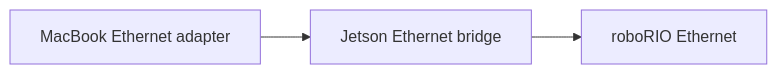
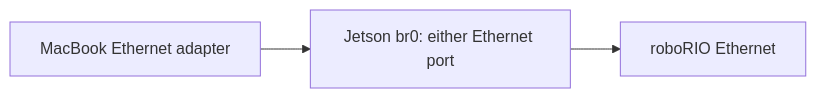
The third of 3 diagrams in apps/docs/src/content/docs/operator/robot-integration-session.md (team581/spot), drawn with Mermaid before and after one commit. The commit also changed other lines of this file and 106 other files, not shown here.

````diff
--- a/apps/docs/src/content/docs/operator/robot-integration-session.md
+++ b/apps/docs/src/content/docs/operator/robot-integration-session.md
@@ -101,5 +97,5 @@
 ```mermaid
 flowchart LR
-  M[MacBook Ethernet adapter] --> J[Jetson Ethernet bridge]
+  M[MacBook Ethernet adapter] --> J[Jetson br0: either Ethernet port]
   J --> R[roboRIO Ethernet]
 ```
````
